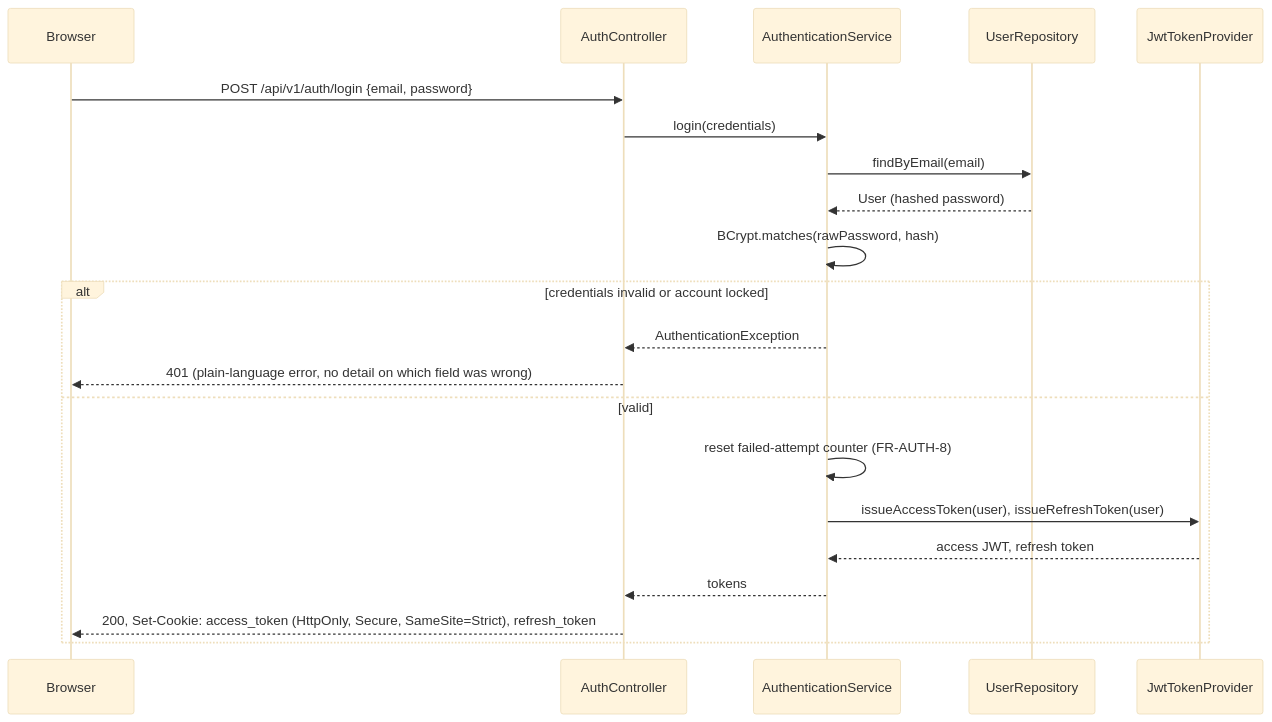
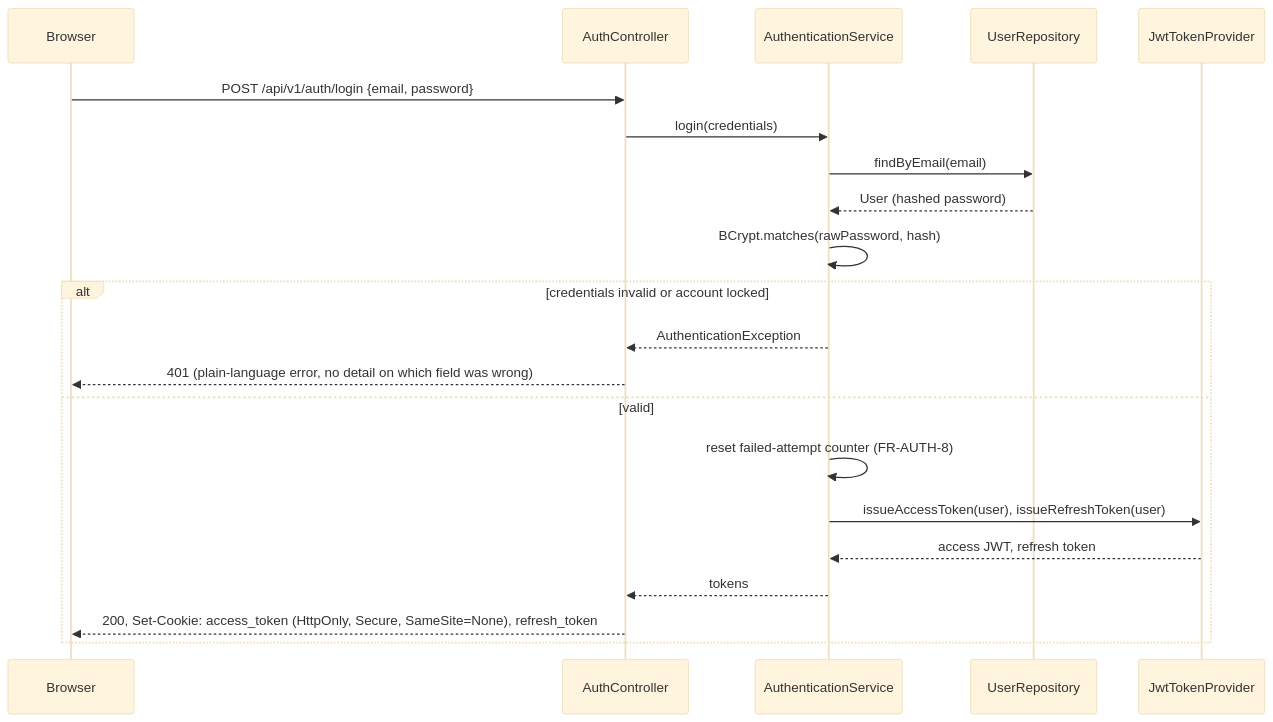
Before and after one commit to PratyushaM09/helpdesk-management-system: the fourth of 8 diagrams in docs/02-Architecture.md, drawn with Mermaid (base theme). The commit also changed 10 other files, not shown here.

Commit message:
fix(security): use SameSite=None for cross-subdomain cookie auth on Render

````diff
--- a/docs/02-Architecture.md
+++ b/docs/02-Architecture.md
@@ -336,24 +336,24 @@
 ```mermaid
 sequenceDiagram
     participant B as Browser
     participant C as AuthController
     participant S as AuthenticationService
     participant U as UserRepository
     participant J as JwtTokenProvider
 
     B->>C: POST /api/v1/auth/login {email, password}
     C->>S: login(credentials)
     S->>U: findByEmail(email)
     U-->>S: User (hashed password)
     S->>S: BCrypt.matches(rawPassword, hash)
     alt credentials invalid or account locked
         S-->>C: AuthenticationException
         C-->>B: 401 (plain-language error, no detail on which field was wrong)
     else valid
         S->>S: reset failed-attempt counter (FR-AUTH-8)
         S->>J: issueAccessToken(user), issueRefreshToken(user)
         J-->>S: access JWT, refresh token
         S-->>C: tokens
-        C-->>B: 200, Set-Cookie: access_token (HttpOnly, Secure, SameSite=Strict), refresh_token
+        C-->>B: 200, Set-Cookie: access_token (HttpOnly, Secure, SameSite=None), refresh_token
     end
 ```
````
